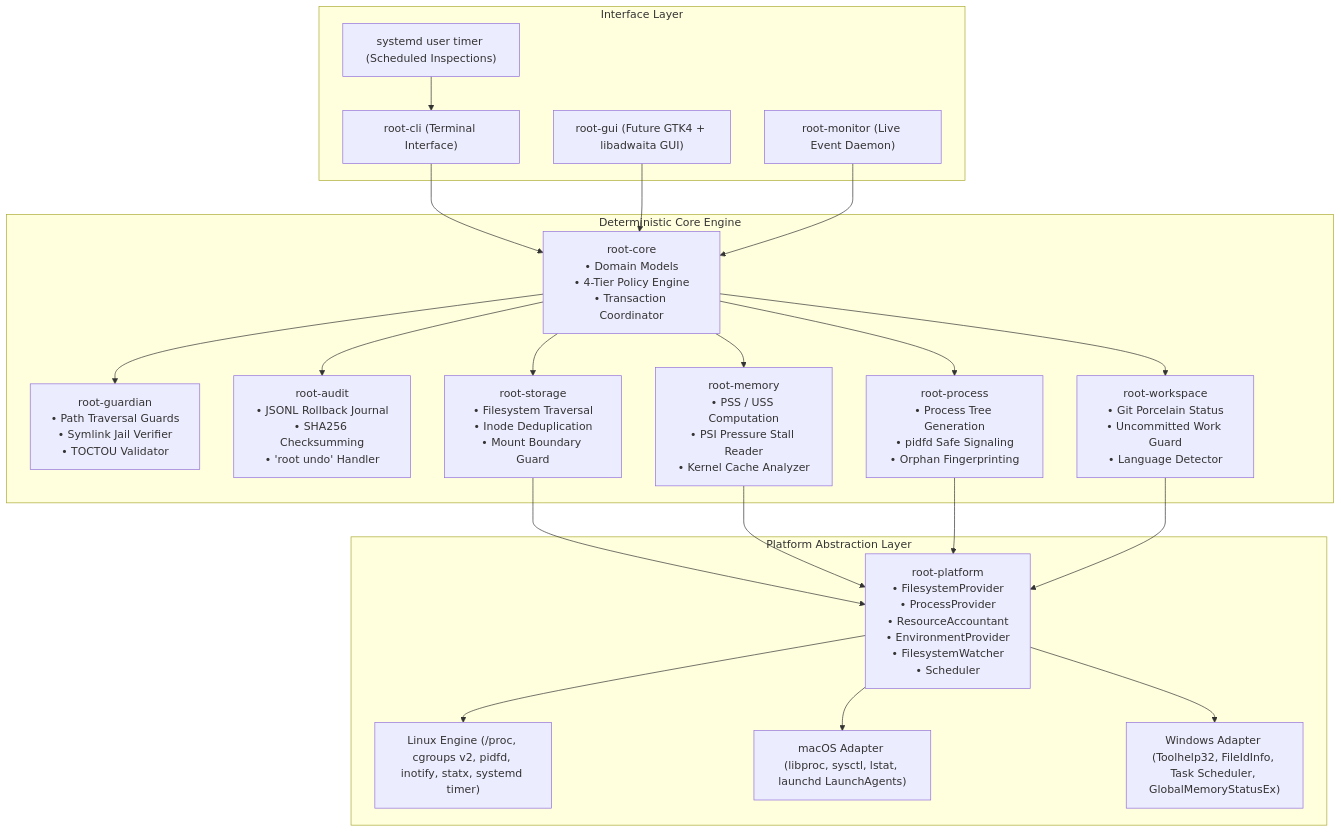
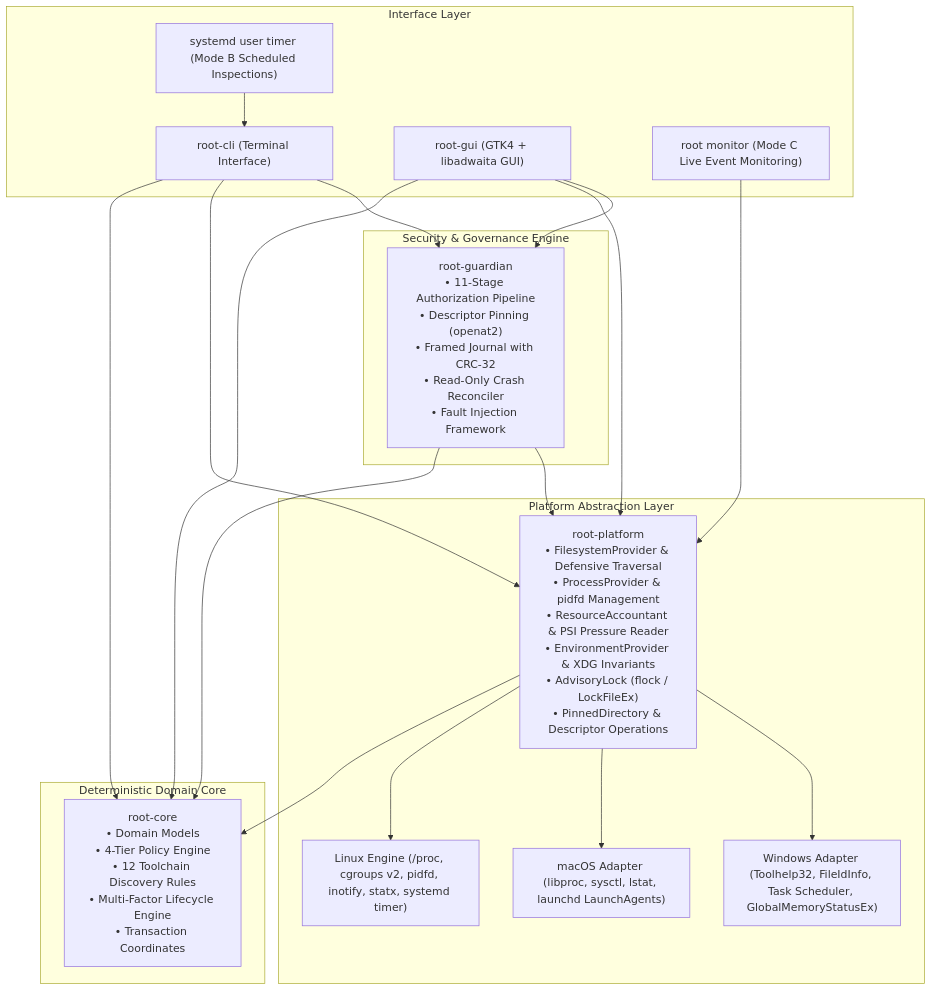
One commit to realmadede/Root changed the first of 8 diagrams in ARCHITECTURE.md. Above: the diagram before and after it, drawn with Mermaid. The commit also changed other lines of this file and 51 other files, not shown here.

First line of the commit message:
feat(safety): harden Guardian filesystem transactions and complete release validation

````diff
--- a/ARCHITECTURE.md
+++ b/ARCHITECTURE.md
@@ -7,46 +7,43 @@
 ```mermaid
 graph TD
     subgraph UI_Frontends["Interface Layer"]
         CLI["root-cli (Terminal Interface)"]
-        GUI["root-gui (Future GTK4 + libadwaita GUI)"]
-        Timer["systemd user timer (Scheduled Inspections)"]
-        MonitorDaemon["root-monitor (Live Event Daemon)"]
+        GUI["root-gui (GTK4 + libadwaita GUI)"]
+        Timer["systemd user timer (Mode B Scheduled Inspections)"]
+        Monitor["root monitor (Mode C Live Event Monitoring)"]
     end
 
-    subgraph CoreEngine["Deterministic Core Engine"]
-        Core["root-core<br>• Domain Models<br>• 4-Tier Policy Engine<br>• Transaction Coordinator"]
-        Guardian["root-guardian<br>• Path Traversal Guards<br>• Symlink Jail Verifier<br>• TOCTOU Validator"]
-        Audit["root-audit<br>• JSONL Rollback Journal<br>• SHA256 Checksumming<br>• 'root undo' Handler"]
-        Storage["root-storage<br>• Filesystem Traversal<br>• Inode Deduplication<br>• Mount Boundary Guard"]
-        Memory["root-memory<br>• PSS / USS Computation<br>• PSI Pressure Stall Reader<br>• Kernel Cache Analyzer"]
-        Process["root-process<br>• Process Tree Generation<br>• pidfd Safe Signaling<br>• Orphan Fingerprinting"]
-        Workspace["root-workspace<br>• Git Porcelain Status<br>• Uncommitted Work Guard<br>• Language Detector"]
+    subgraph SecurityAndPolicy["Security & Governance Engine"]
+        Guardian["root-guardian<br>• 11-Stage Authorization Pipeline<br>• Descriptor Pinning (openat2)<br>• Framed Journal with CRC-32<br>• Read-Only Crash Reconciler<br>• Fault Injection Framework"]
+    end
+
+    subgraph CoreEngine["Deterministic Domain Core"]
+        Core["root-core<br>• Domain Models<br>• 4-Tier Policy Engine<br>• 12 Toolchain Discovery Rules<br>• Multi-Factor Lifecycle Engine<br>• Transaction Coordinates"]
     end
 
     subgraph PlatformLayer["Platform Abstraction Layer"]
-        PlatformTraits["root-platform<br>• FilesystemProvider<br>• ProcessProvider<br>• ResourceAccountant<br>• EnvironmentProvider<br>• FilesystemWatcher<br>• Scheduler"]
+        PlatformTraits["root-platform<br>• FilesystemProvider & Defensive Traversal<br>• ProcessProvider & pidfd Management<br>• ResourceAccountant & PSI Pressure Reader<br>• EnvironmentProvider & XDG Invariants<br>• AdvisoryLock (flock / LockFileEx)<br>• PinnedDirectory & Descriptor Operations"]
         LinuxBackend["Linux Engine (/proc, cgroups v2, pidfd, inotify, statx, systemd timer)"]
         MacBackend["macOS Adapter (libproc, sysctl, lstat, launchd LaunchAgents)"]
         WinBackend["Windows Adapter (Toolhelp32, FileIdInfo, Task Scheduler, GlobalMemoryStatusEx)"]
     end
 
     CLI --> Core
+    CLI --> PlatformTraits
+    CLI --> Guardian
+
     GUI --> Core
+    GUI --> PlatformTraits
+    GUI --> Guardian
+
     Timer --> CLI
-    MonitorDaemon --> Core
+    Monitor --> PlatformTraits
 
-    Core --> Guardian
-    Core --> Audit
-    Core --> Storage
-    Core --> Memory
-    Core --> Process
-    Core --> Workspace
+    Guardian --> Core
+    Guardian --> PlatformTraits
+    PlatformTraits --> Core
 
-    Storage --> PlatformTraits
-    Memory --> PlatformTraits
-    Process --> PlatformTraits
-    Workspace --> PlatformTraits
     PlatformTraits --> LinuxBackend
     PlatformTraits --> MacBackend
     PlatformTraits --> WinBackend
 ```
````
